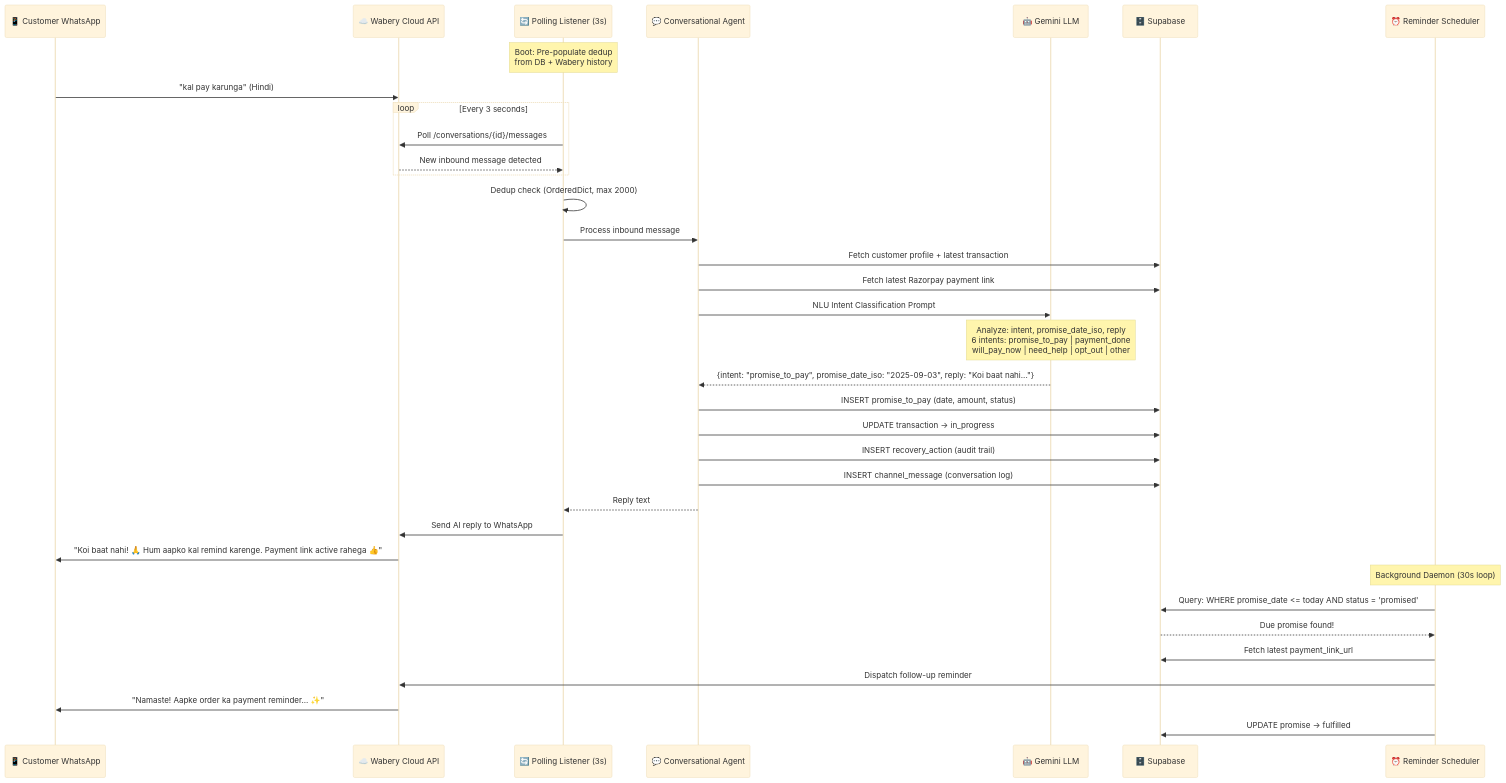
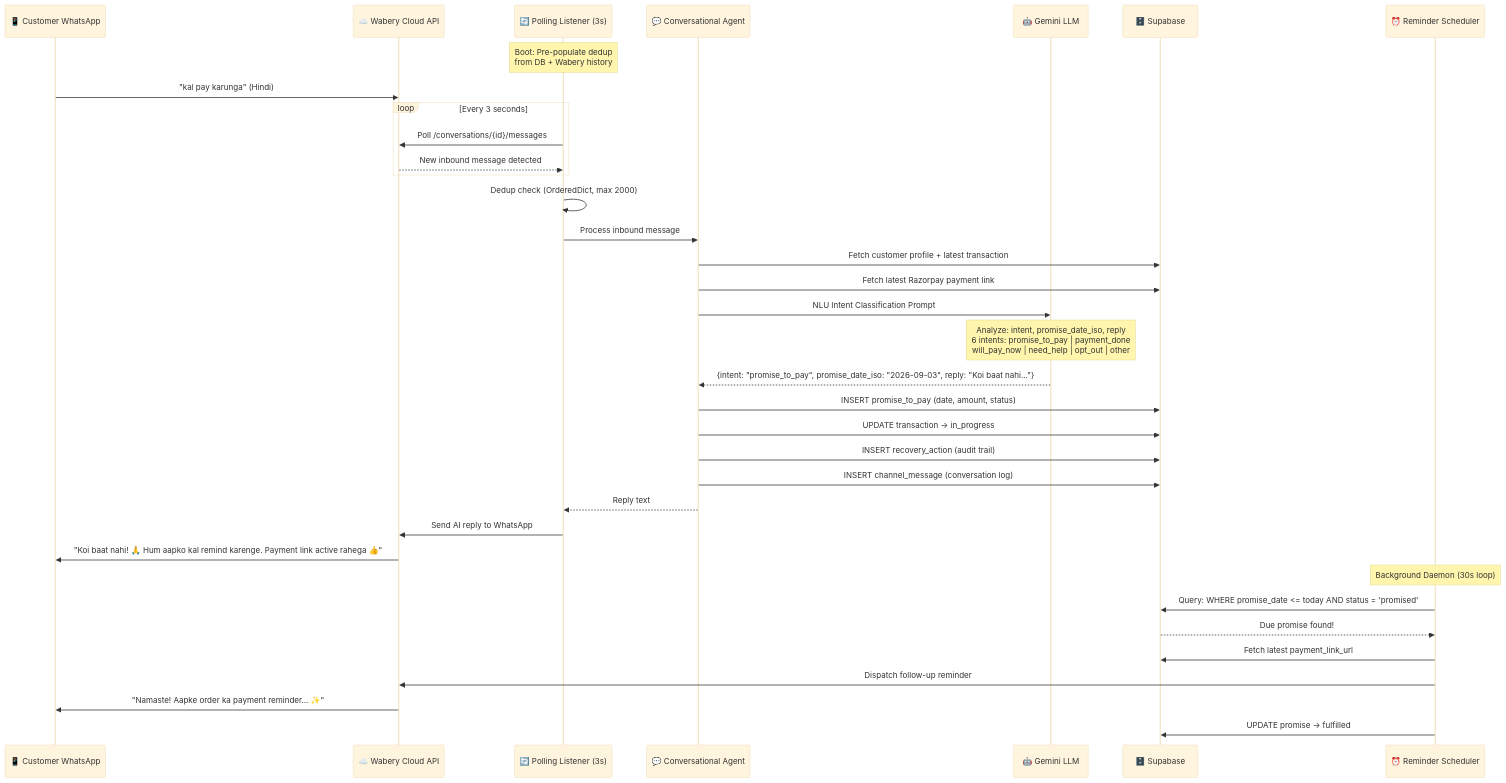
The third of 11 diagrams in README.md (Gagan202005/recover-ai), drawn with Mermaid (base theme) before and after one commit. The commit also changed other lines of this file, not shown here.

````diff
--- a/README.md
+++ b/README.md
@@ -227,48 +227,48 @@
 ```mermaid
 sequenceDiagram
     participant C as 📱 Customer WhatsApp
     participant WAB as ☁️ Wabery Cloud API
     participant PL as 🔄 Polling Listener (3s)
     participant CA as 💬 Conversational Agent
     participant GEM as 🤖 Gemini LLM
     participant DB as 🗄️ Supabase
     participant SCHED as ⏰ Reminder Scheduler
 
     Note over PL: Boot: Pre-populate dedup<br/>from DB + Wabery history
 
     C->>WAB: "kal pay karunga" (Hindi)
     
     loop Every 3 seconds
         PL->>WAB: Poll /conversations/{id}/messages
         WAB-->>PL: New inbound message detected
     end
 
     PL->>PL: Dedup check (OrderedDict, max 2000)
     PL->>CA: Process inbound message
 
     CA->>DB: Fetch customer profile + latest transaction
     CA->>DB: Fetch latest Razorpay payment link
 
     CA->>GEM: NLU Intent Classification Prompt
     Note over GEM: Analyze: intent, promise_date_iso, reply<br/>6 intents: promise_to_pay | payment_done<br/>will_pay_now | need_help | opt_out | other
 
-    GEM-->>CA: {intent: "promise_to_pay", promise_date_iso: "2025-09-03", reply: "Koi baat nahi..."}
+    GEM-->>CA: {intent: "promise_to_pay", promise_date_iso: "2026-09-03", reply: "Koi baat nahi..."}
 
     CA->>DB: INSERT promise_to_pay (date, amount, status)
     CA->>DB: UPDATE transaction → in_progress
     CA->>DB: INSERT recovery_action (audit trail)
     CA->>DB: INSERT channel_message (conversation log)
 
     CA-->>PL: Reply text
     PL->>WAB: Send AI reply to WhatsApp
     WAB->>C: "Koi baat nahi! 🙏 Hum aapko kal remind karenge. Payment link active rahega 👍"
 
     Note over SCHED: Background Daemon (30s loop)
     
     SCHED->>DB: Query: WHERE promise_date <= today AND status = 'promised'
     DB-->>SCHED: Due promise found!
     SCHED->>DB: Fetch latest payment_link_url
     SCHED->>WAB: Dispatch follow-up reminder
     WAB->>C: "Namaste! Aapke order ka payment reminder... ✨"
     SCHED->>DB: UPDATE promise → fulfilled
 ```
````
